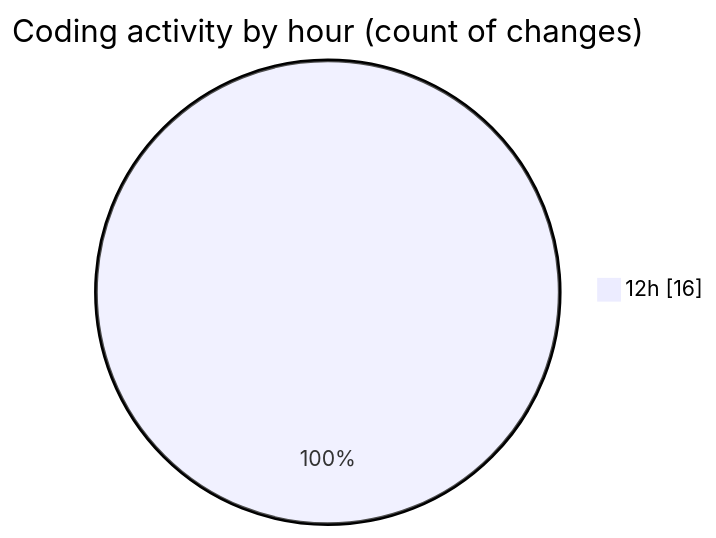
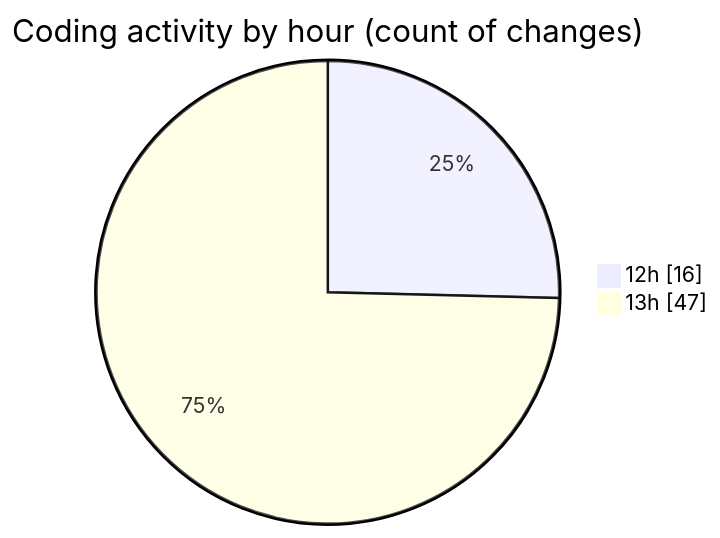
One commit to vahidmafi/code-tracking changed the second of 2 diagrams in 2025-09-16/www/README.md. Above: the diagram before and after it, drawn with Mermaid. The commit also changed other lines of this file and 1 other file, not shown here.

````diff
--- a/2025-09-16/www/README.md
+++ b/2025-09-16/www/README.md
@@ -34,5 +57,6 @@
 ```mermaid
 pie showData
 title Coding activity by hour (count of changes)
 "12h" : 16
+"13h" : 47
 ```
````
